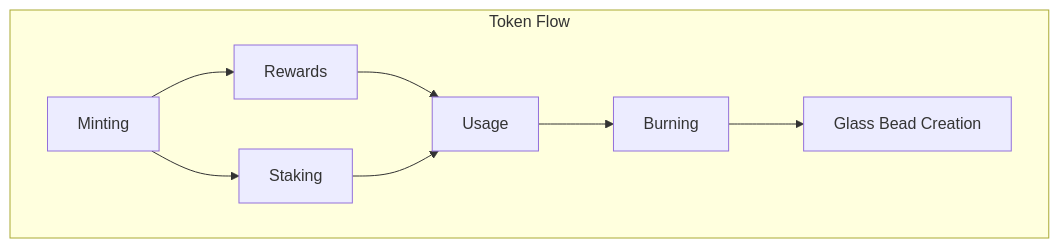
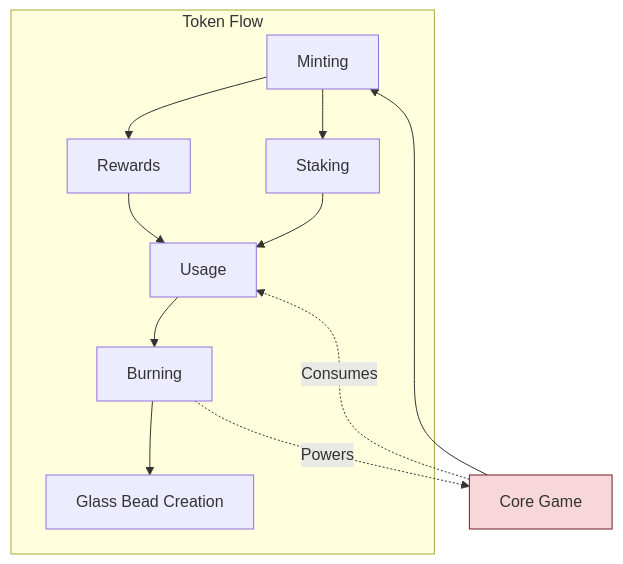
One commit to heavyblotto/memorativa changed the first of 2 diagrams in docs/2. the cybernetic system/memorativa-2-18-gas-bead-tokens.md. Above: the diagram before and after it, drawn with Mermaid. The commit also changed other lines of this file and 16 other files, not shown here.

````diff
--- a/docs/2. the cybernetic system/memorativa-2-18-gas-bead-tokens.md
+++ b/docs/2. the cybernetic system/memorativa-2-18-gas-bead-tokens.md
@@ -100,18 +133,25 @@
 ```mermaid
 graph TD
     M[Minting] --> R[Rewards]
     M --> S[Staking]
     R --> U[Usage]
     S --> U
     U --> B[Burning]
     B --> G[Glass Bead Creation]
     
     subgraph "Token Flow"
         M
         R
         S
         U
         B
         G
     end
+    
+    CG[Core Game] --> M
+    CG -.-> |Consumes| U
+    B -.-> |Powers| CG
+    
+    classDef core fill:#f8d7da,stroke:#721c24
+    class CG core
 ```
````
